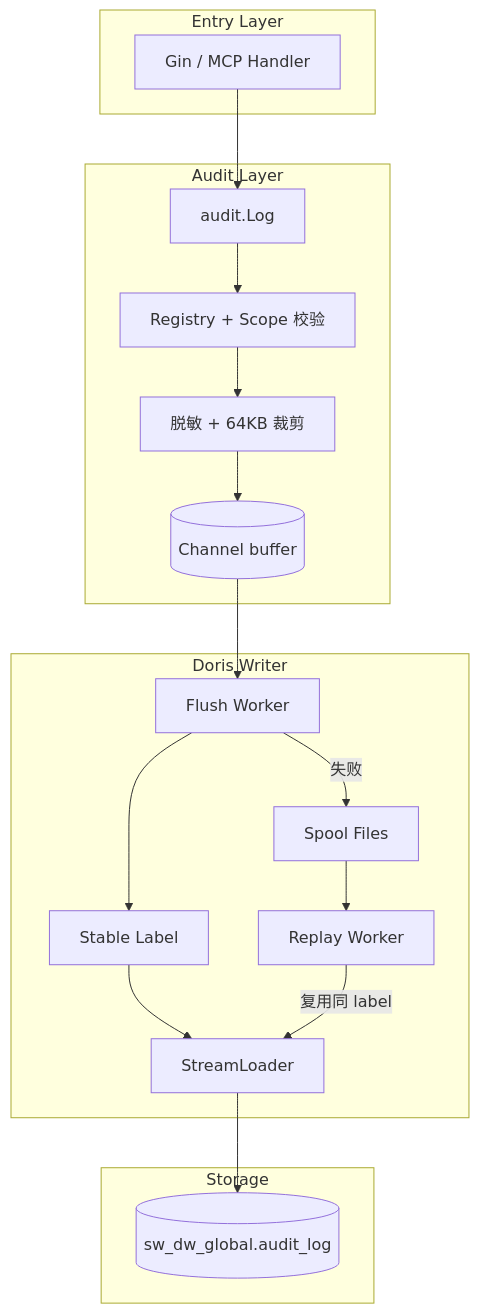
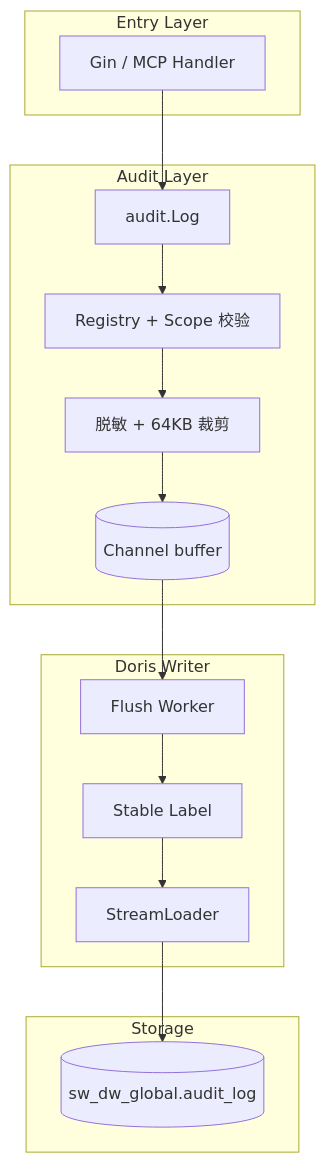
Before and after one commit to qinwenshiCH/workflow: the first of 2 diagrams in specs/20260626-Wave-Feat-AddAuditLog/03-plan-doris.md, drawn with Mermaid. The commit also changed other lines of this file and 4 other files, not shown here.

````diff
--- a/specs/20260626-Wave-Feat-AddAuditLog/03-plan-doris.md
+++ b/specs/20260626-Wave-Feat-AddAuditLog/03-plan-doris.md
@@ -193,34 +191,29 @@
 ```mermaid
 flowchart TD
     subgraph 入口层[Entry Layer]
         Gin[Gin / MCP Handler]
     end
     subgraph 审计层[Audit Layer]
         LOG[audit.Log]
         REG[Registry + Scope 校验]
         SAN[脱敏 + 64KB 裁剪]
         CH[(Channel buffer)]
     end
     subgraph 写入层[Doris Writer]
         FW[Flush Worker]
         LAB[Stable Label]
         SL[StreamLoader]
-        SP[Spool Files]
-        RP[Replay Worker]
     end
     subgraph 存储层[Storage]
         DORIS[(sw_dw_global.audit_log)]
     end
 
     Gin --> LOG
     LOG --> REG
     REG --> SAN
     SAN --> CH
     CH --> FW
     FW --> LAB
     LAB --> SL
     SL --> DORIS
-    FW -->|失败| SP
-    SP --> RP
-    RP -->|复用同 label| SL
 ```
````
